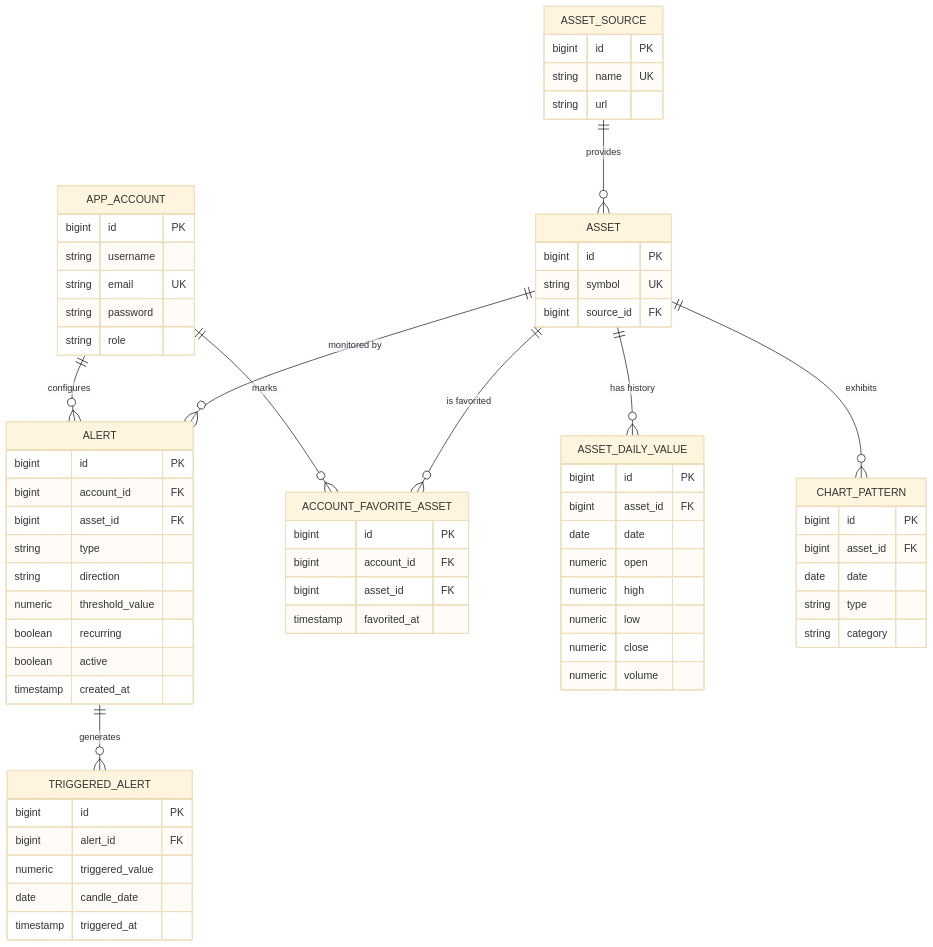
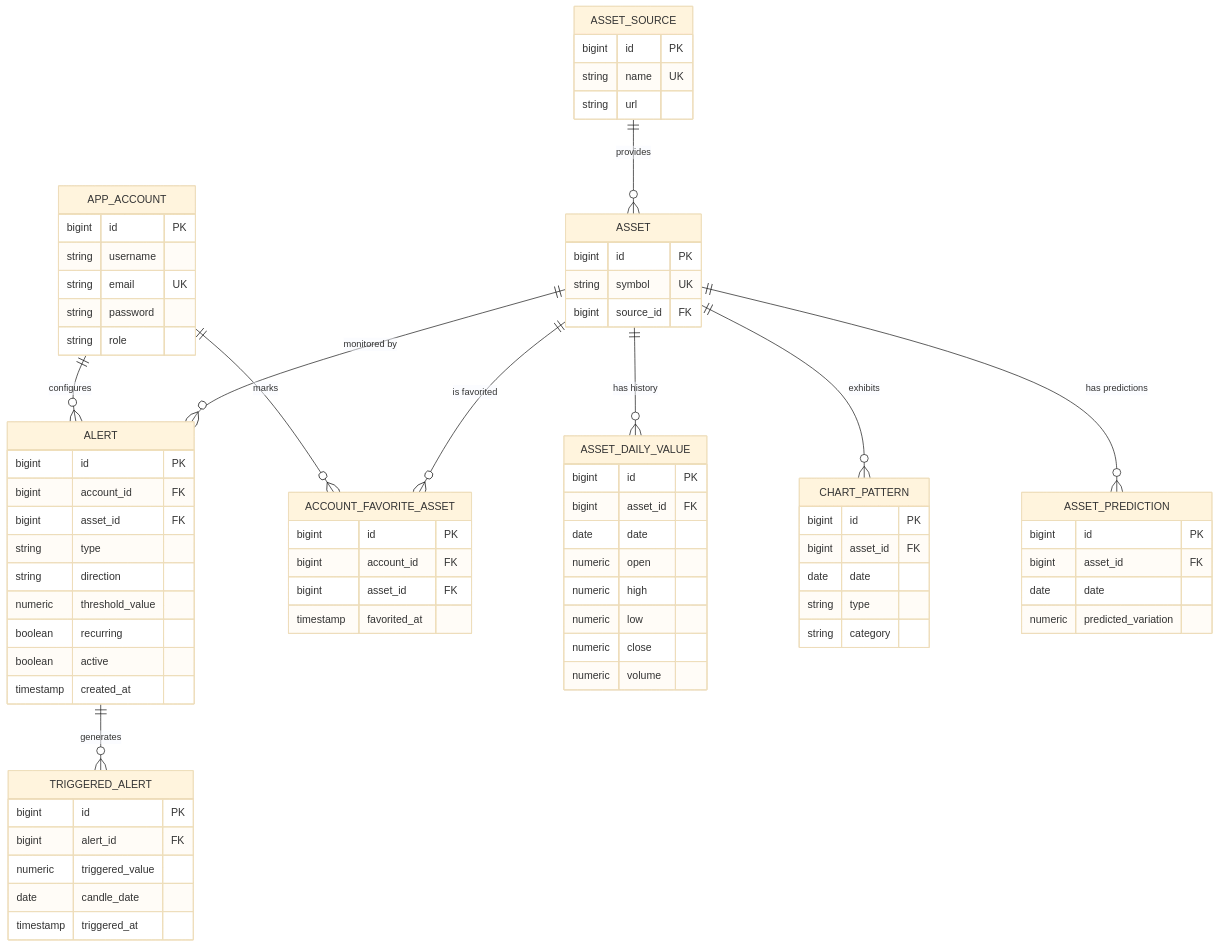
The diagram in DB.md (univ-smb-m1-isc-2026/your-trading-assistant-api), drawn with Mermaid (base theme) before and after one commit. The commit also changed other lines of this file and 24 other files, not shown here.

````diff
--- a/DB.md
+++ b/DB.md
@@ -7,70 +7,77 @@
 ```mermaid
 erDiagram
     APP_ACCOUNT ||--o{ ALERT : "configures"
     APP_ACCOUNT ||--o{ ACCOUNT_FAVORITE_ASSET : "marks"
     ASSET_SOURCE ||--o{ ASSET : "provides"
     ASSET ||--o{ ASSET_DAILY_VALUE : "has history"
     ASSET ||--o{ ALERT : "monitored by"
     ASSET ||--o{ ACCOUNT_FAVORITE_ASSET : "is favorited"
     ASSET ||--o{ CHART_PATTERN : "exhibits"
+    ASSET ||--o{ ASSET_PREDICTION : "has predictions"
     ALERT ||--o{ TRIGGERED_ALERT : "generates"
 
     APP_ACCOUNT {
         bigint id PK
         string username
         string email UK
         string password
         string role
     }
     ASSET_SOURCE {
         bigint id PK
         string name UK
         string url
     }
     ASSET {
         bigint id PK
         string symbol UK
         bigint source_id FK
     }
     ASSET_DAILY_VALUE {
         bigint id PK
         bigint asset_id FK
         date date
         numeric open
         numeric high
         numeric low
         numeric close
         numeric volume
     }
     ALERT {
         bigint id PK
         bigint account_id FK
         bigint asset_id FK
         string type
         string direction
         numeric threshold_value
         boolean recurring
         boolean active
         timestamp created_at
     }
     TRIGGERED_ALERT {
         bigint id PK
         bigint alert_id FK
         numeric triggered_value
         date candle_date
         timestamp triggered_at
     }
     CHART_PATTERN {
         bigint id PK
         bigint asset_id FK
         date date
         string type
         string category
     }
     ACCOUNT_FAVORITE_ASSET {
         bigint id PK
         bigint account_id FK
         bigint asset_id FK
         timestamp favorited_at
     }
+    ASSET_PREDICTION {
+        bigint id PK
+        bigint asset_id FK
+        date date
+        numeric predicted_variation
+    }
 ```
````
